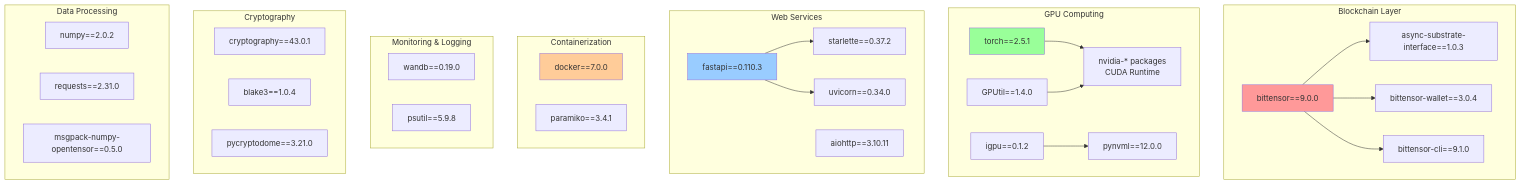
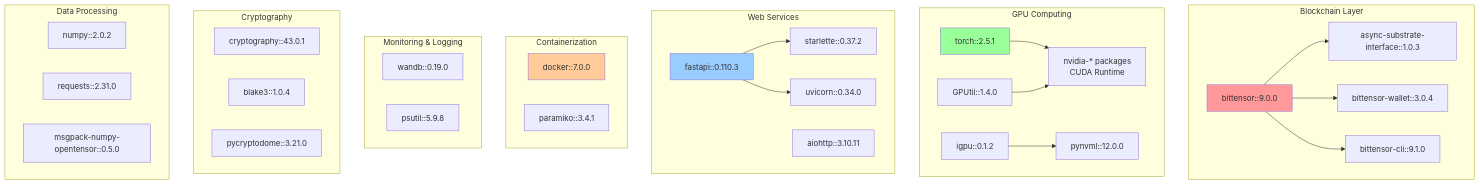
One commit to neuralinternet/docs changed the second of 5 diagrams in src/content/docs/development/project-structure.mdx. Above: the diagram before and after it, drawn with Mermaid. The commit also changed other lines of this file and 184 other files, not shown here.

````diff
--- a/src/content/docs/development/project-structure.mdx
+++ b/src/content/docs/development/project-structure.mdx
@@ -100,62 +100,62 @@
 ```mermaid
 graph TB
     subgraph "Blockchain Layer"
-        BITTENSOR["bittensor==9.0.0"]
-        BTCLI["bittensor-cli==9.1.0"]
-        BTWALLET["bittensor-wallet==3.0.4"]
-        SUBSTRATE["async-substrate-interface==1.0.3"]
+        BITTENSOR["bittensor::9.0.0"]
+        BTCLI["bittensor-cli::9.1.0"]
+        BTWALLET["bittensor-wallet::3.0.4"]
+        SUBSTRATE["async-substrate-interface::1.0.3"]
     end
     
     subgraph "GPU Computing"
-        TORCH["torch==2.5.1"]
+        TORCH["torch::2.5.1"]
         NVIDIA["nvidia-* packages<br/>CUDA Runtime"]
-        GPUTIL["GPUtil==1.4.0"]
-        IGPU["igpu==0.1.2"]
-        PYNVML["pynvml==12.0.0"]
+        GPUTIL["GPUtil::1.4.0"]
+        IGPU["igpu::0.1.2"]
+        PYNVML["pynvml::12.0.0"]
     end
     
     subgraph "Web Services"
-        FASTAPI["fastapi==0.110.3"]
-        UVICORN["uvicorn==0.34.0"]
-        STARLETTE["starlette==0.37.2"]
-        AIOHTTP["aiohttp==3.10.11"]
+        FASTAPI["fastapi::0.110.3"]
+        UVICORN["uvicorn::0.34.0"]
+        STARLETTE["starlette::0.37.2"]
+        AIOHTTP["aiohttp::3.10.11"]
     end
     
     subgraph "Containerization"
-        DOCKER["docker==7.0.0"]
-        PARAMIKO["paramiko==3.4.1"]
+        DOCKER["docker::7.0.0"]
+        PARAMIKO["paramiko::3.4.1"]
     end
     
     subgraph "Monitoring & Logging"
-        WANDB["wandb==0.19.0"]
-        PSUTIL["psutil==5.9.8"]
+        WANDB["wandb::0.19.0"]
+        PSUTIL["psutil::5.9.8"]
     end
     
     subgraph "Cryptography"
-        CRYPTO["cryptography==43.0.1"]
-        BLAKE3["blake3==1.0.4"]
-        PYCRYPTO["pycryptodome==3.21.0"]
+        CRYPTO["cryptography::43.0.1"]
+        BLAKE3["blake3::1.0.4"]
+        PYCRYPTO["pycryptodome::3.21.0"]
     end
     
     subgraph "Data Processing"
-        NUMPY["numpy==2.0.2"]
-        REQUESTS["requests==2.31.0"]
-        MSGPACK["msgpack-numpy-opentensor==0.5.0"]
+        NUMPY["numpy::2.0.2"]
+        REQUESTS["requests::2.31.0"]
+        MSGPACK["msgpack-numpy-opentensor::0.5.0"]
     end
     
     BITTENSOR --> SUBSTRATE
     BITTENSOR --> BTWALLET
     BITTENSOR --> BTCLI
     
     TORCH --> NVIDIA
     GPUTIL --> NVIDIA
     IGPU --> PYNVML
     
     FASTAPI --> STARLETTE
     FASTAPI --> UVICORN
     
     style BITTENSOR fill:#ff9999
     style TORCH fill:#99ff99
     style FASTAPI fill:#99ccff
     style DOCKER fill:#ffcc99
 ```
````
